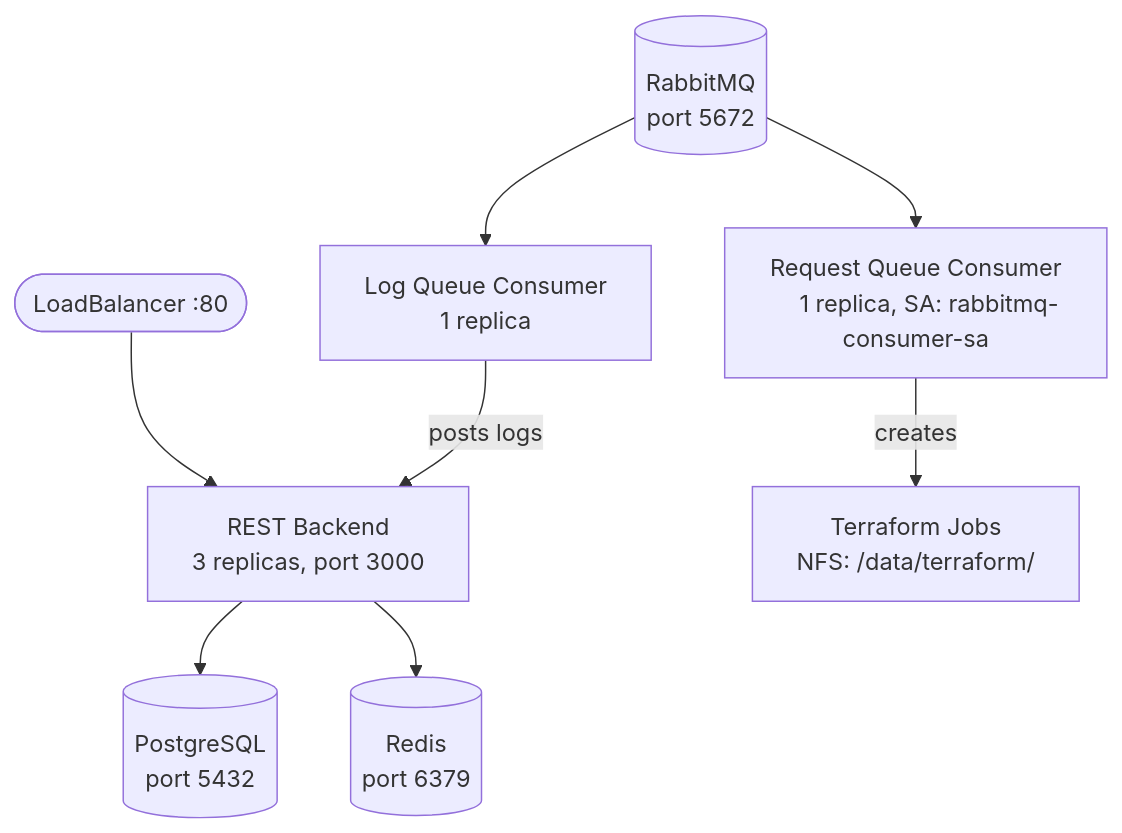
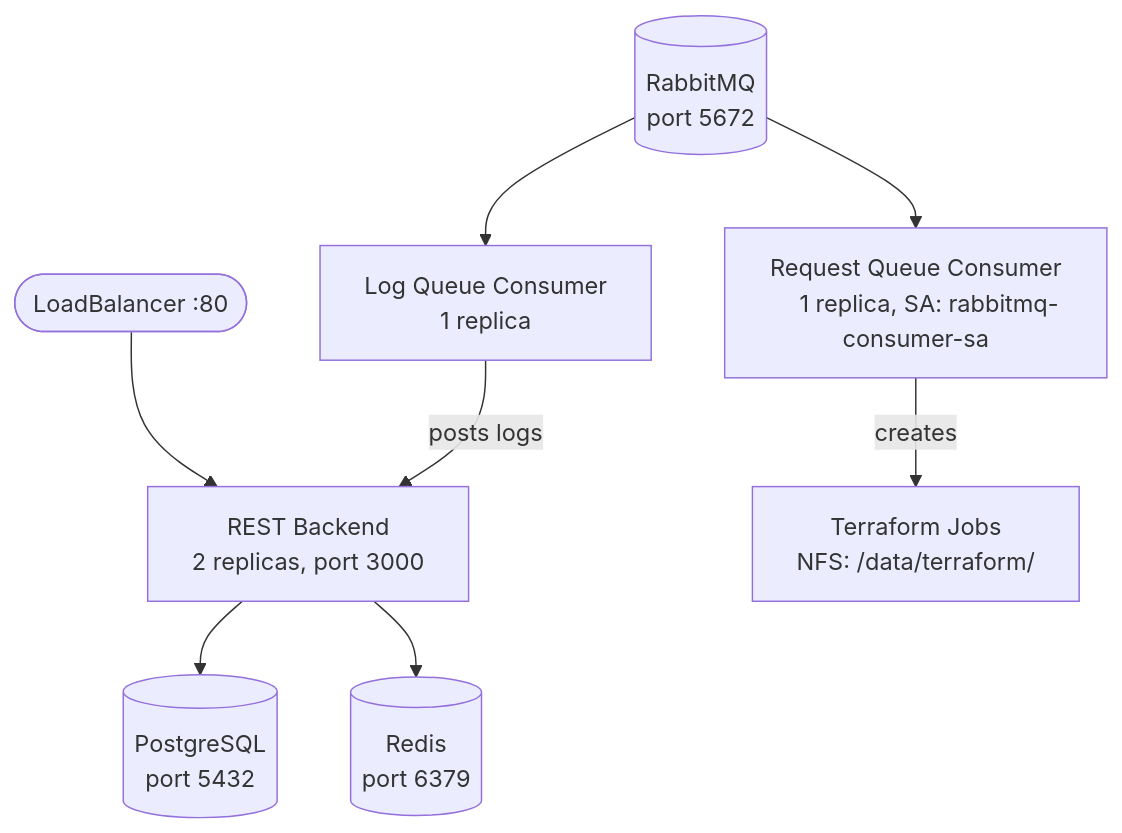
Before and after one commit to NAICNO/vm-provision-backend: the diagram in docs/DEPLOYMENT.md, drawn with Mermaid. The commit also changed other lines of this file and 1 other file, not shown here.

Commit message:
Update architecture diagrams and adjust replica count in deployment documentation

````diff
--- a/docs/DEPLOYMENT.md
+++ b/docs/DEPLOYMENT.md
@@ -25,17 +25,17 @@
 ```mermaid
 flowchart TD
     LB([LoadBalancer :80]) --> REST["REST Backend
-    3 replicas, port 3000"]
+    2 replicas, port 3000"]
     REST --> PG[("PostgreSQL
     port 5432")]
     REST --> RD[("Redis
     port 6379")]
     LC["Log Queue Consumer
     1 replica"] -- posts logs --> REST
     RMQ[("RabbitMQ
     port 5672")] --> LC
     RMQ --> RC["Request Queue Consumer
     1 replica, SA: rabbitmq-consumer-sa"]
     RC -- creates --> TF["Terraform Jobs
     NFS: /data/terraform/"]
 ```
````
